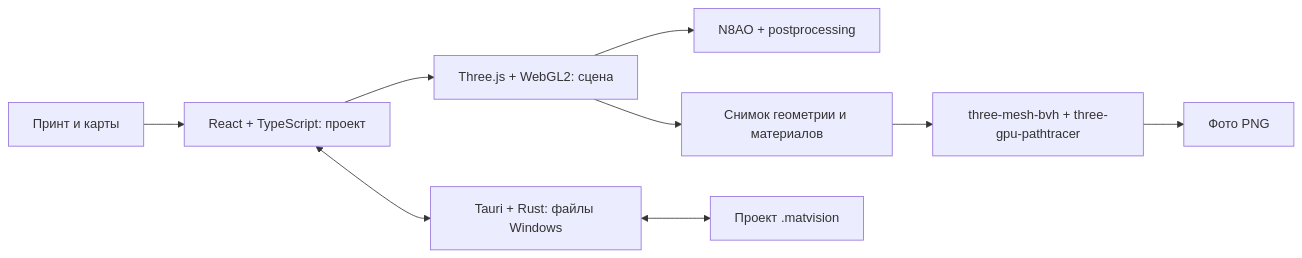
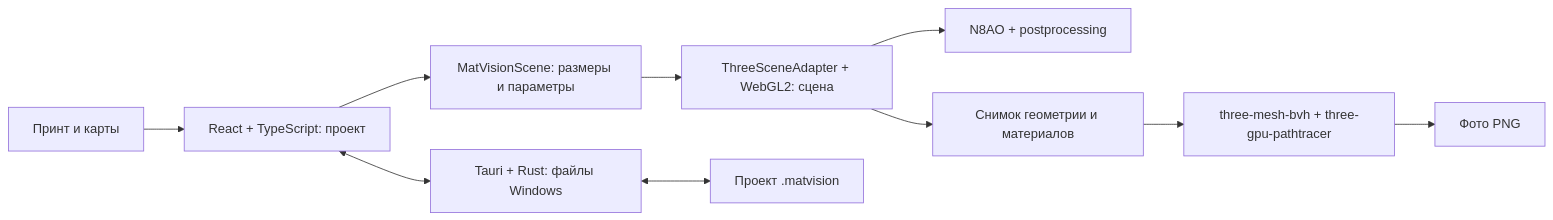
Before and after one commit to AlexCodeHadjar/matvision-studio: the diagram in README.md, drawn with Mermaid. The commit also changed other lines of this file and 16 other files, not shown here.

````diff
--- a/README.md
+++ b/README.md
@@ -69,11 +71,12 @@
 ```mermaid
 flowchart LR
     A[Принт и карты] --> B[React + TypeScript: проект]
-    B --> C[Three.js + WebGL2: сцена]
+    B --> S[MatVisionScene: размеры и параметры]
+    S --> C[ThreeSceneAdapter + WebGL2: сцена]
     C --> D[N8AO + postprocessing]
     C --> E[Снимок геометрии и материалов]
     E --> F[three-mesh-bvh + three-gpu-pathtracer]
     F --> G[Фото PNG]
     B <--> H[Tauri + Rust: файлы Windows]
     H <--> I[Проект .matvision]
 ```
````
